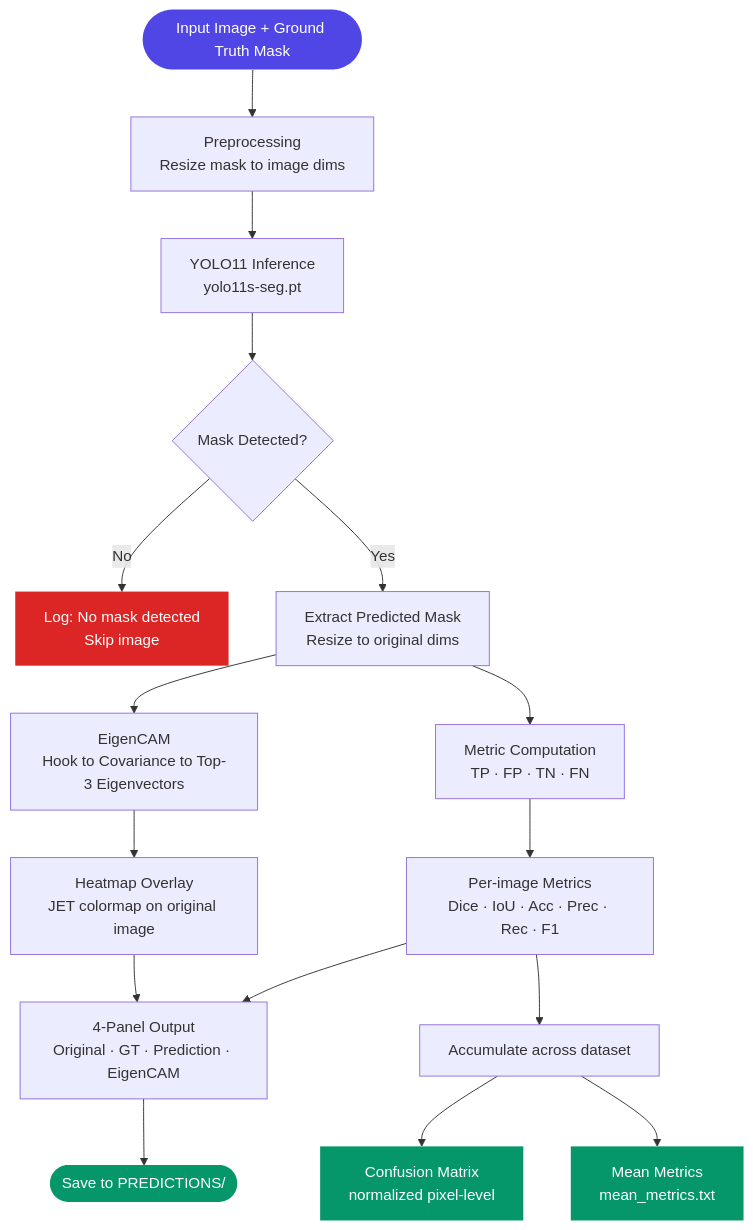
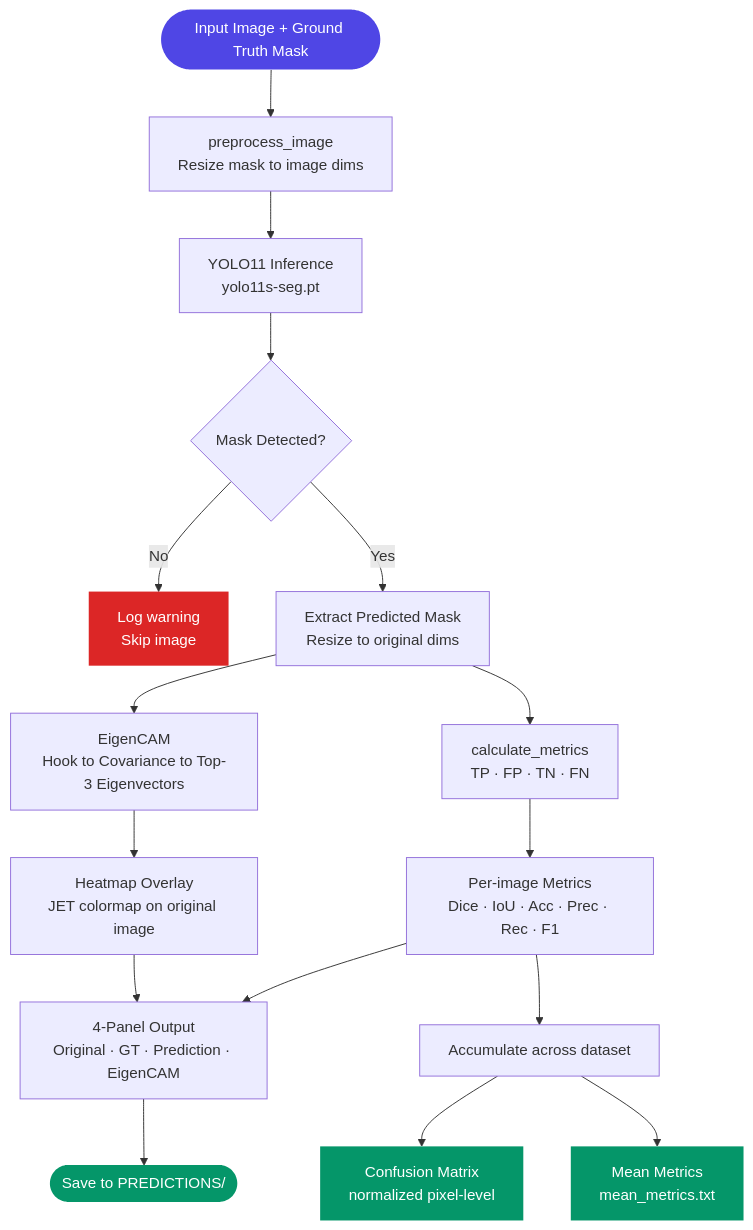
Before and after one commit to MNADITYA05/YOLO11-based-Brachial-Plexus-Segmentation-with-Explainable-AI: the diagram in README.md, drawn with Mermaid. The commit also changed other lines of this file and 17 other files, not shown here.

````diff
--- a/README.md
+++ b/README.md
@@ -95,24 +102,24 @@
 ```mermaid
 flowchart TD
-    A([Input Image + Ground Truth Mask]) --> B[Preprocessing\nResize mask to image dims]
+    A([Input Image + Ground Truth Mask]) --> B[preprocess_image\nResize mask to image dims]
     B --> C[YOLO11 Inference\nyolo11s-seg.pt]
     C --> D{Mask Detected?}
-    D -- No --> E[Log: No mask detected\nSkip image]
+    D -- No --> E[Log warning\nSkip image]
     D -- Yes --> F[Extract Predicted Mask\nResize to original dims]
     F --> G[EigenCAM\nHook to Covariance to Top-3 Eigenvectors]
-    F --> H[Metric Computation\nTP · FP · TN · FN]
+    F --> H[calculate_metrics\nTP · FP · TN · FN]
     G --> I[Heatmap Overlay\nJET colormap on original image]
     H --> J[Per-image Metrics\nDice · IoU · Acc · Prec · Rec · F1]
     I --> K[4-Panel Output\nOriginal · GT · Prediction · EigenCAM]
     J --> K
     K --> L([Save to PREDICTIONS/])
     J --> M[Accumulate across dataset]
     M --> N[Confusion Matrix\nnormalized pixel-level]
     M --> O[Mean Metrics\nmean_metrics.txt]
 
     style A fill:#4F46E5,color:#fff,stroke:none
     style L fill:#059669,color:#fff,stroke:none
     style E fill:#DC2626,color:#fff,stroke:none
     style N fill:#059669,color:#fff,stroke:none
     style O fill:#059669,color:#fff,stroke:none
 ```
````
